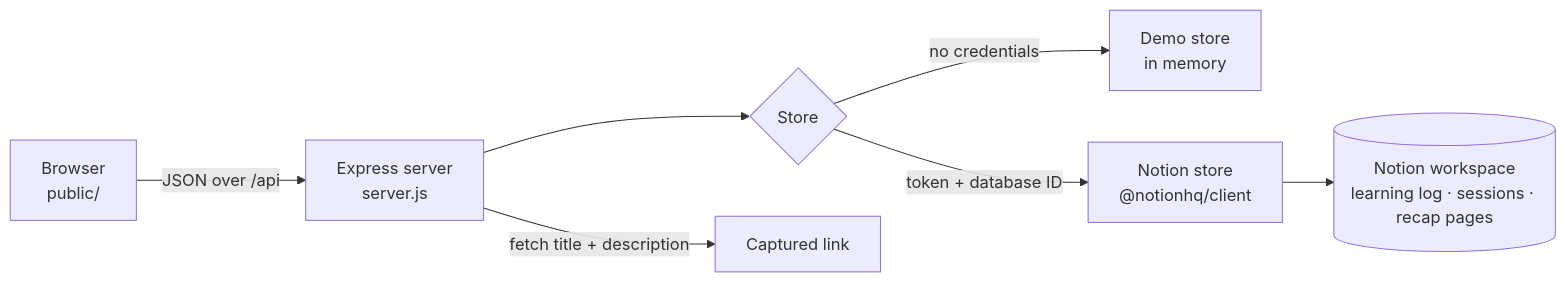
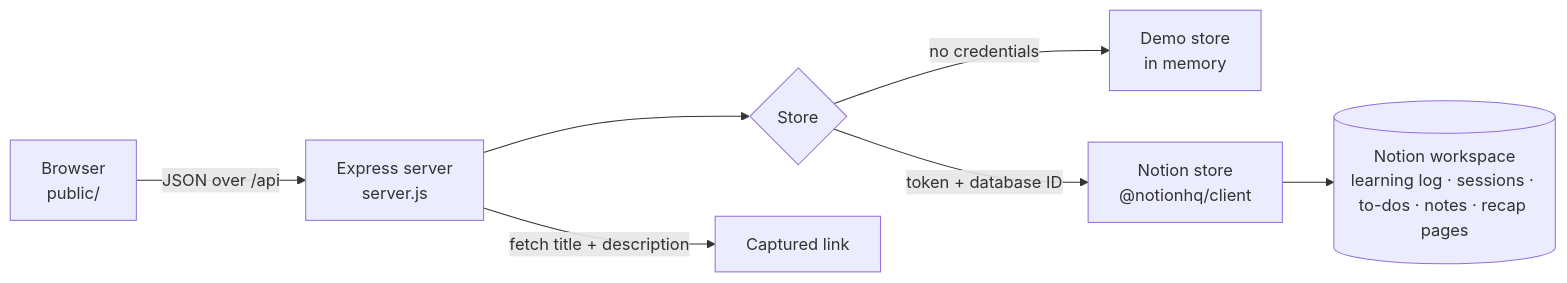
One commit to ibnuladib/unsupervised changed the diagram in README.md. Above: the diagram before and after it, drawn with Mermaid. The commit also changed other lines of this file and 11 other files, not shown here.

First line of the commit message:
Complete the Student OS: to-dos and notes; fix the Notion store

````diff
--- a/README.md
+++ b/README.md
@@ -196,9 +223,9 @@
 ```mermaid
 flowchart LR
   B[Browser<br/>public/] -->|JSON over /api| S[Express server<br/>server.js]
   S --> ST{Store}
   ST -->|no credentials| D[Demo store<br/>in memory]
   ST -->|token + database ID| N[Notion store<br/>@notionhq/client]
-  N --> W[(Notion workspace<br/>learning log · sessions · recap pages)]
+  N --> W[(Notion workspace<br/>learning log · sessions · to-dos · notes · recap pages)]
   S -->|fetch title + description| L[Captured link]
 ```
````
